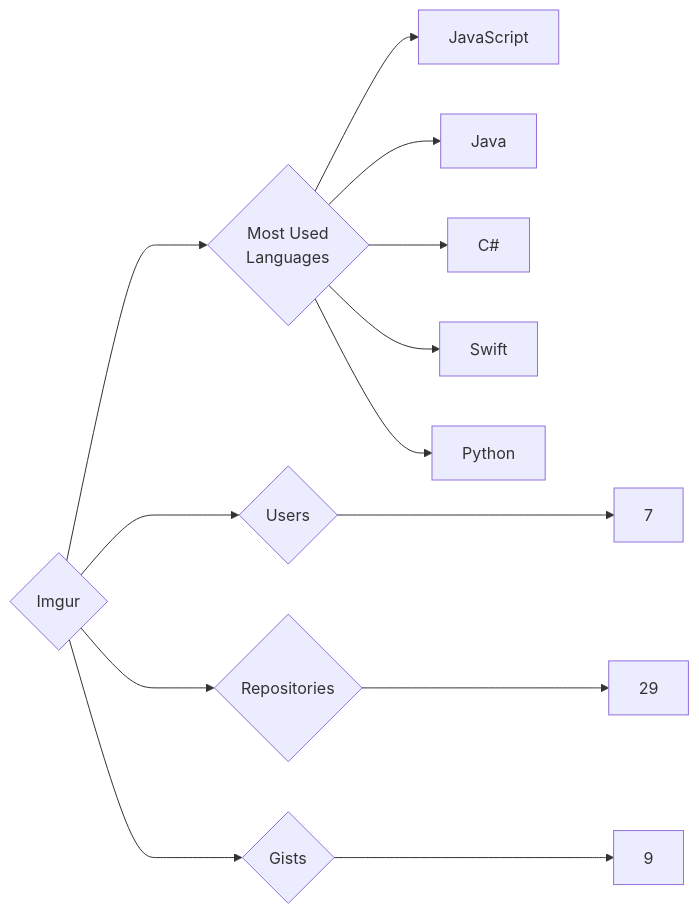
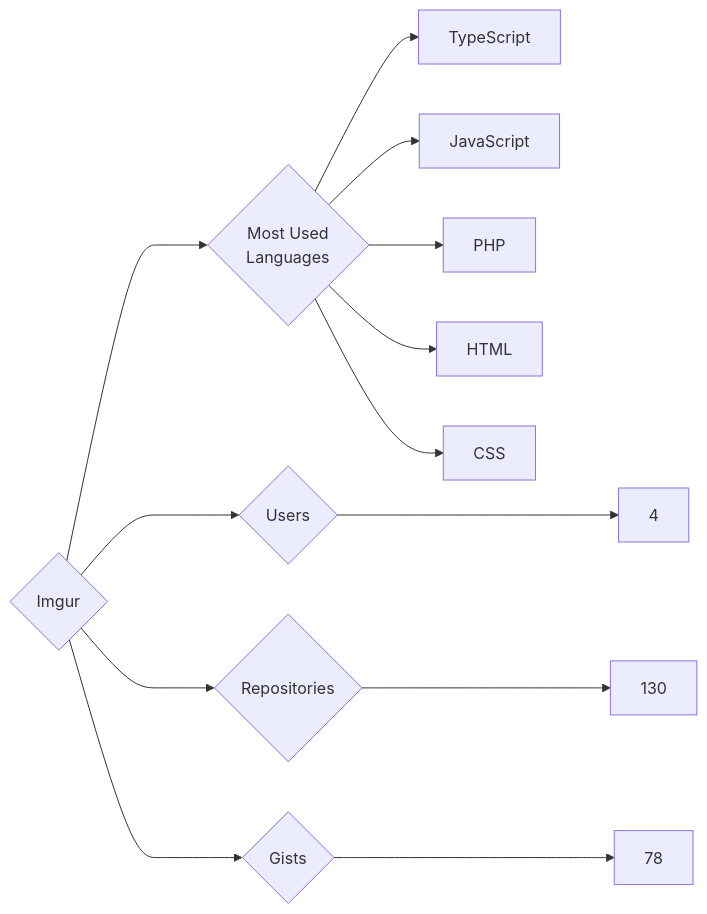
Before and after one commit to trickest/insiders: the diagram in targets/Imgur/README.md, drawn with Mermaid. The commit also changed 993 other files, not shown here.

````diff
--- a/targets/Imgur/README.md
+++ b/targets/Imgur/README.md
@@ -3,13 +3,13 @@
 ```mermaid
 graph LR
 COMPANY_NAME{Imgur}
-COMPANY_NAME ---> U{Users} ---> UN[7]
-COMPANY_NAME ---> R{Repositories} ---> RN[29]
-COMPANY_NAME ---> G{Gists} ---> GN[9]
+COMPANY_NAME ---> U{Users} ---> UN[4]
+COMPANY_NAME ---> R{Repositories} ---> RN[130]
+COMPANY_NAME ---> G{Gists} ---> GN[78]
 COMPANY_NAME ---> ML{Most Used<br>Languages}
+ML --> TypeScript[TypeScript]
 ML --> JavaScript[JavaScript]
-ML --> Java[Java]
-ML --> C#[C#]
-ML --> Swift[Swift]
-ML --> Python[Python]
+ML --> PHP[PHP]
+ML --> HTML[HTML]
+ML --> CSS[CSS]
 ```
````
